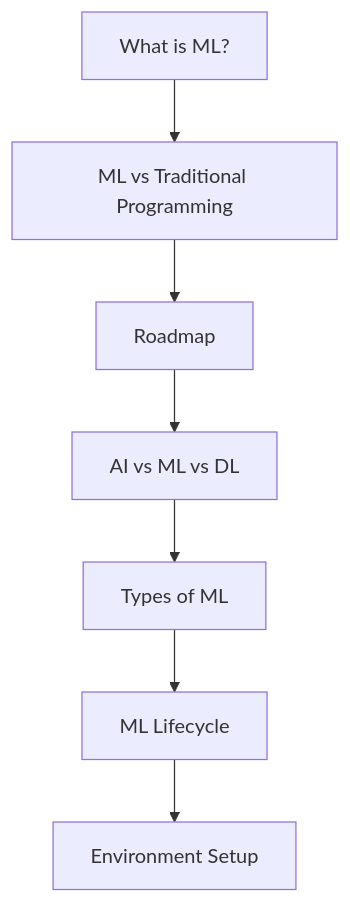
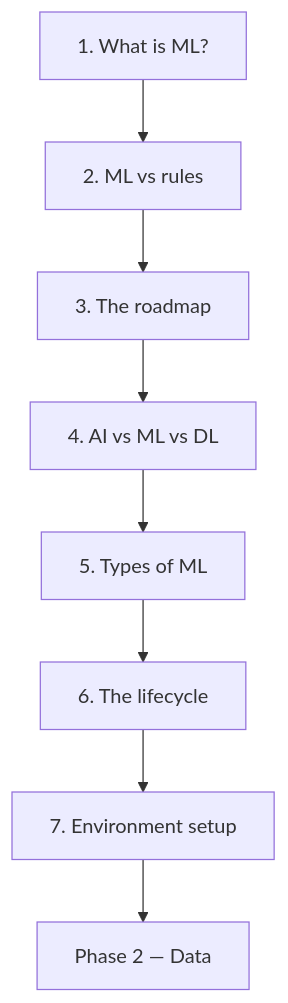
One commit to Ravikisha/PythonCentralHub changed the diagram in src/content/docs/Machine Learning/Phase 01 - The ML Foundation/Phase 1 - The ML Foundation.mdx. Above: the diagram before and after it, drawn with Mermaid. The commit also changed other lines of this file and 1327 other files, not shown here.

````diff
--- a/src/content/docs/Machine Learning/Phase 01 - The ML Foundation/Phase 1 - The ML Foundation.mdx
+++ b/src/content/docs/Machine Learning/Phase 01 - The ML Foundation/Phase 1 - The ML Foundation.mdx
@@ -42,9 +30,10 @@
 ```mermaid
 flowchart TD
-  A[What is ML?] --> B[ML vs Traditional Programming]
-  B --> C[Roadmap]
-  C --> D[AI vs ML vs DL]
-  D --> E[Types of ML]
-  E --> F[ML Lifecycle]
-  F --> G[Environment Setup]
+  A["1. What is ML?"] --> B["2. ML vs rules"]
+  B --> C["3. The roadmap"]
+  C --> D["4. AI vs ML vs DL"]
+  D --> E["5. Types of ML"]
+  E --> F["6. The lifecycle"]
+  F --> G["7. Environment setup"]
+  G --> H["Phase 2 — Data"]
 ```
````
